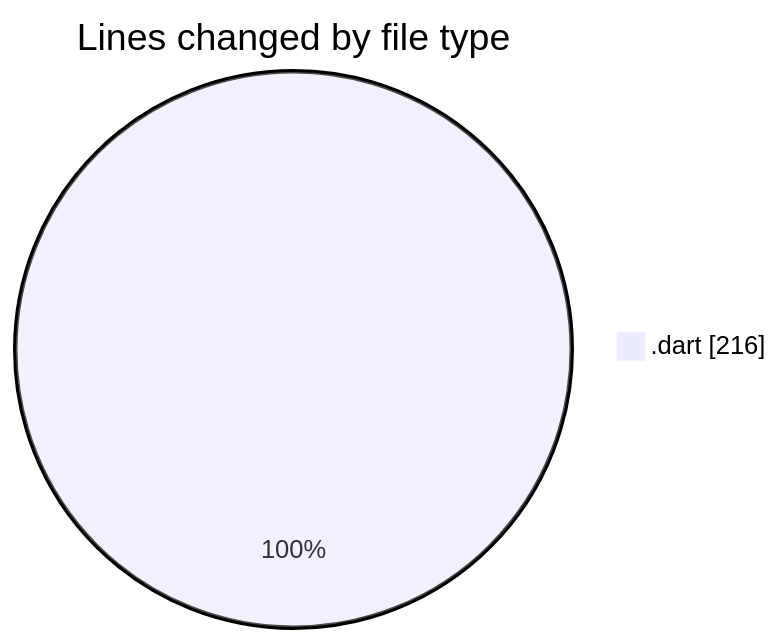
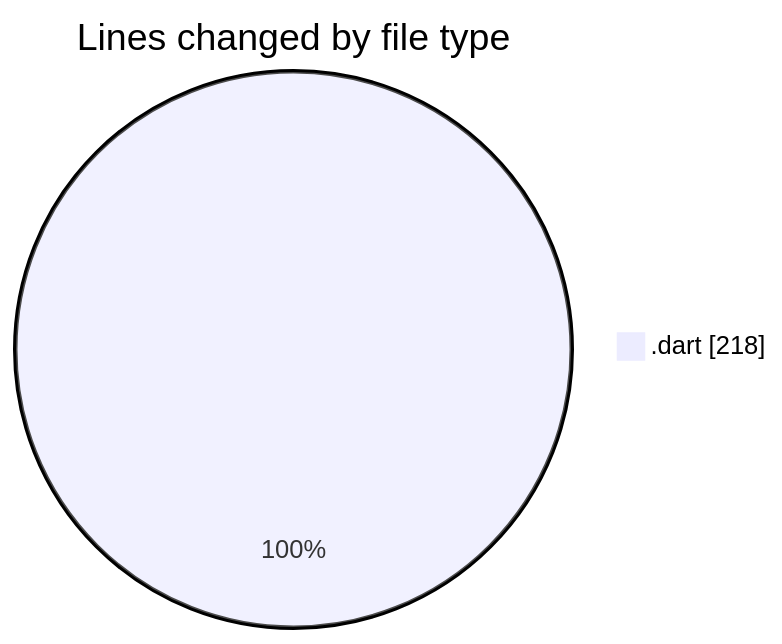
The first of 2 diagrams in 2025-01-02/uber_clone/README.md (donsfak/code-tracking), drawn with Mermaid before and after one commit. The commit also changed other lines of this file and 1 other file, not shown here.

````diff
--- a/2025-01-02/uber_clone/README.md
+++ b/2025-01-02/uber_clone/README.md
@@ -21,5 +21,5 @@
 ```mermaid
 pie showData
 title Lines changed by file type
-".dart" : 216
+".dart" : 218
 ```
````
